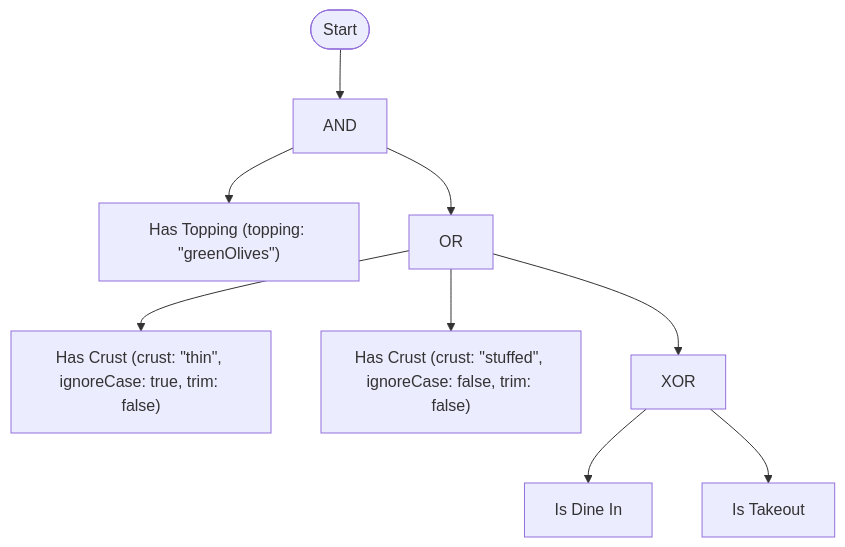
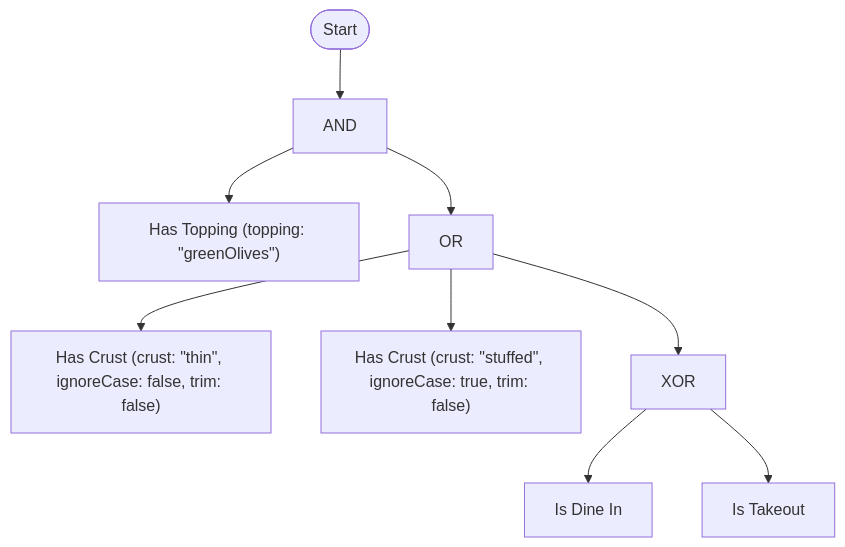
Before and after one commit to rheone/TruthWeaver: the first of 2 diagrams in docs/examples.md, drawn with Mermaid. The commit also changed other lines of this file and 527 other files, not shown here.

First line of the commit message:
Settle the library roadmap: specs, tickets, source generator and samples

````diff
--- a/docs/examples.md
+++ b/docs/examples.md
@@ -252,19 +252,19 @@
 ```mermaid
 flowchart TD
     Start(["Start"]) --> n0
     n0["AND"]
     n1["Has Topping (topping: #quot;greenOlives#quot;)"]
     n0 --> n1
     n2["OR"]
-    n3["Has Crust (crust: #quot;thin#quot;, ignoreCase: true, trim: false)"]
+    n3["Has Crust (crust: #quot;thin#quot;, ignoreCase: false, trim: false)"]
     n2 --> n3
-    n4["Has Crust (crust: #quot;stuffed#quot;, ignoreCase: false, trim: false)"]
+    n4["Has Crust (crust: #quot;stuffed#quot;, ignoreCase: true, trim: false)"]
     n2 --> n4
     n5["XOR"]
     n6["Is Dine In"]
     n5 --> n6
     n7["Is Takeout"]
     n5 --> n7
     n2 --> n5
     n0 --> n2
 ```
````
